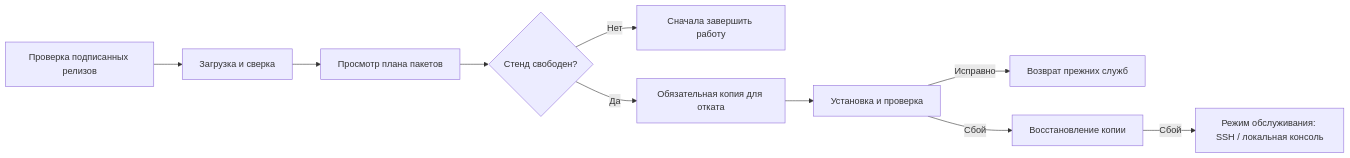
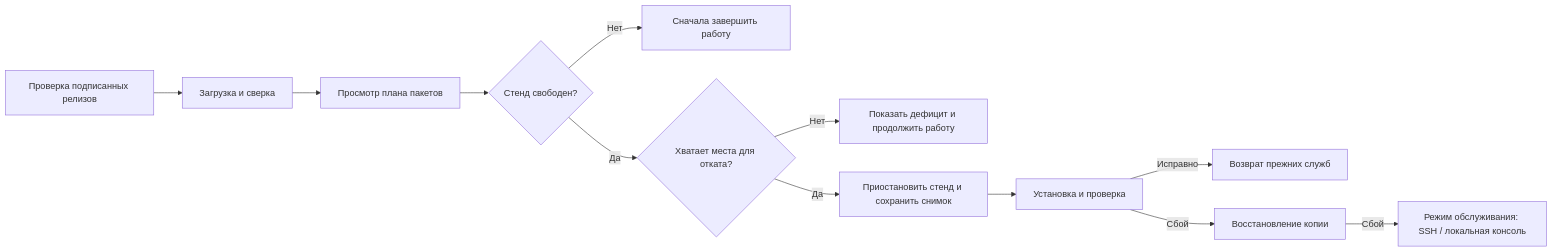
The diagram in docs/ru/updates.md (nimbo78/cmprovision), drawn with Mermaid before and after one commit. The commit also changed other lines of this file and 25 other files, not shown here.

````diff
--- a/docs/ru/updates.md
+++ b/docs/ru/updates.md
@@ -10,12 +10,14 @@
 ```mermaid
 flowchart LR
   Check[Проверка подписанных релизов] --> Download[Загрузка и сверка]
   Download --> Review[Просмотр плана пакетов]
   Review --> Idle{Стенд свободен?}
   Idle -- Нет --> Wait[Сначала завершить работу]
-  Idle -- Да --> Backup[Обязательная копия для отката]
+  Idle -- Да --> Space{Хватает места для отката?}
+  Space -- Нет --> Online[Показать дефицит и продолжить работу]
+  Space -- Да --> Backup[Приостановить стенд и сохранить снимок]
   Backup --> Apply[Установка и проверка]
   Apply -- Исправно --> Ready[Возврат прежних служб]
   Apply -- Сбой --> Rollback[Восстановление копии]
   Rollback -- Сбой --> SSH[Режим обслуживания: SSH / локальная консоль]
 ```
````
